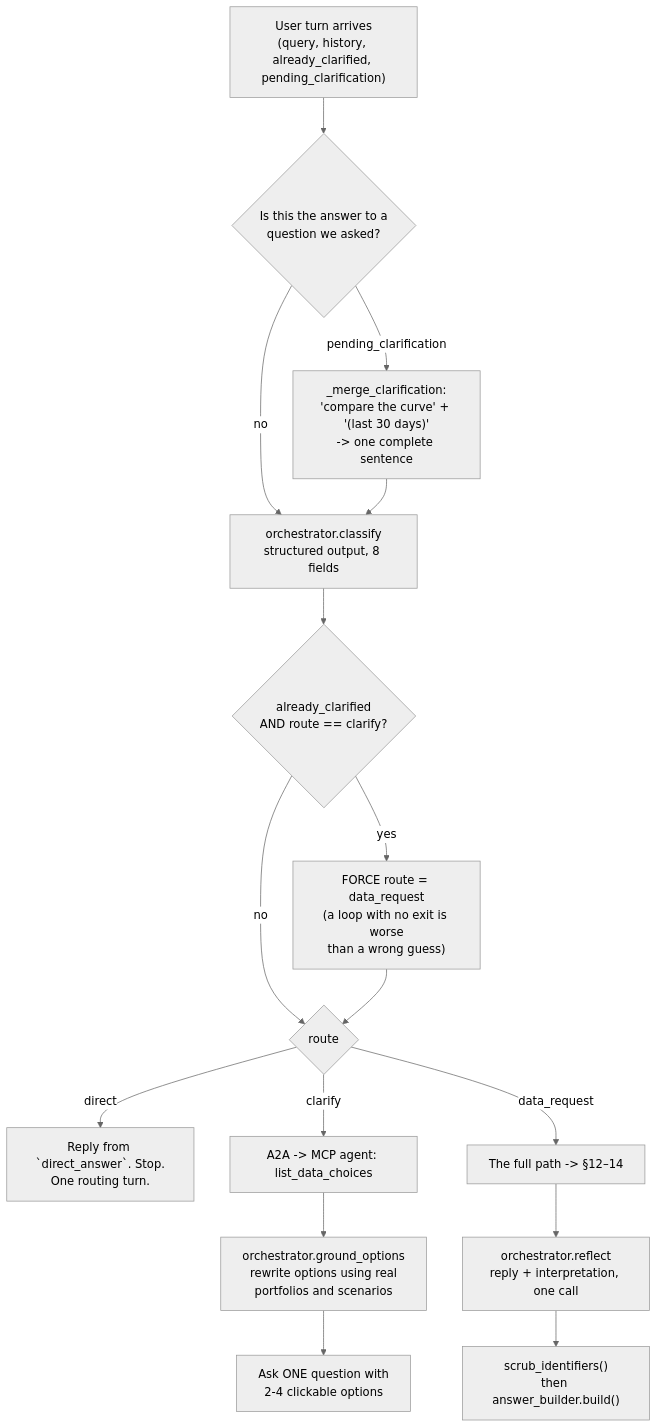
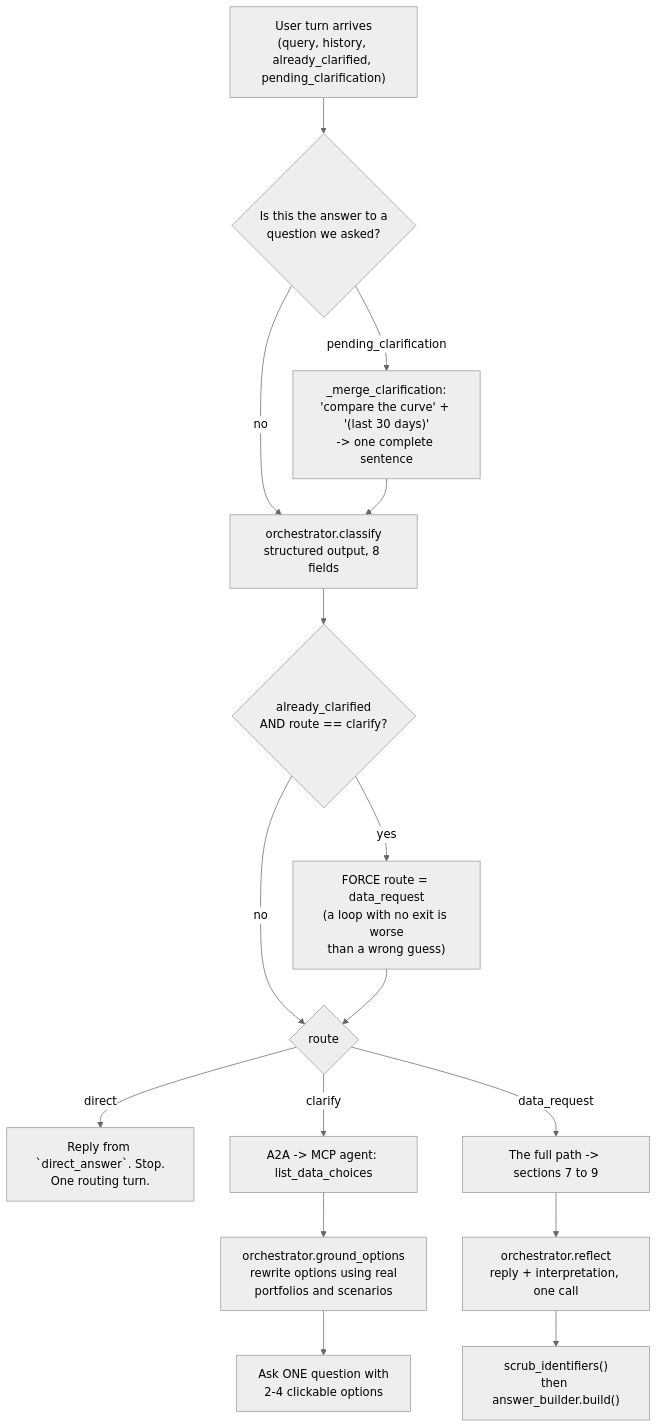
One commit to KrishnaAnnavaram/semantic-mcp-data-access-gateway changed the eighth of 30 diagrams in README.md. Above: the diagram before and after it, drawn with Mermaid (neutral theme). The commit also changed other lines of this file and 1 other file, not shown here.

````diff
--- a/README.md
+++ b/README.md
@@ -888,19 +1142,19 @@
 ```mermaid
 flowchart TD
     A["User turn arrives<br/>(query, history, already_clarified, pending_clarification)"]
     A --> B{"Is this the answer to a<br/>question we asked?"}
     B -->|"pending_clarification"| B2["_merge_clarification:<br/>'compare the curve' + '(last 30 days)'<br/>-> one complete sentence"]
     B -->|no| C
     B2 --> C["orchestrator.classify<br/>structured output, 8 fields"]
     C --> D{"already_clarified<br/>AND route == clarify?"}
     D -->|yes| D2["FORCE route = data_request<br/>(a loop with no exit is worse<br/>than a wrong guess)"]
     D -->|no| E
     D2 --> E{route}
     E -->|"direct"| F["Reply from `direct_answer`. Stop.<br/>One routing turn."]
     E -->|"clarify"| G["A2A -> MCP agent: list_data_choices"]
     G --> G2["orchestrator.ground_options<br/>rewrite options using real<br/>portfolios and scenarios"]
     G2 --> G3["Ask ONE question with<br/>2-4 clickable options"]
-    E -->|"data_request"| H["The full path -> §12–14"]
+    E -->|"data_request"| H["The full path -> sections 7 to 9"]
     H --> I["orchestrator.reflect<br/>reply + interpretation, one call"]
     I --> J["scrub_identifiers()<br/>then answer_builder.build()"]
 ```
````
